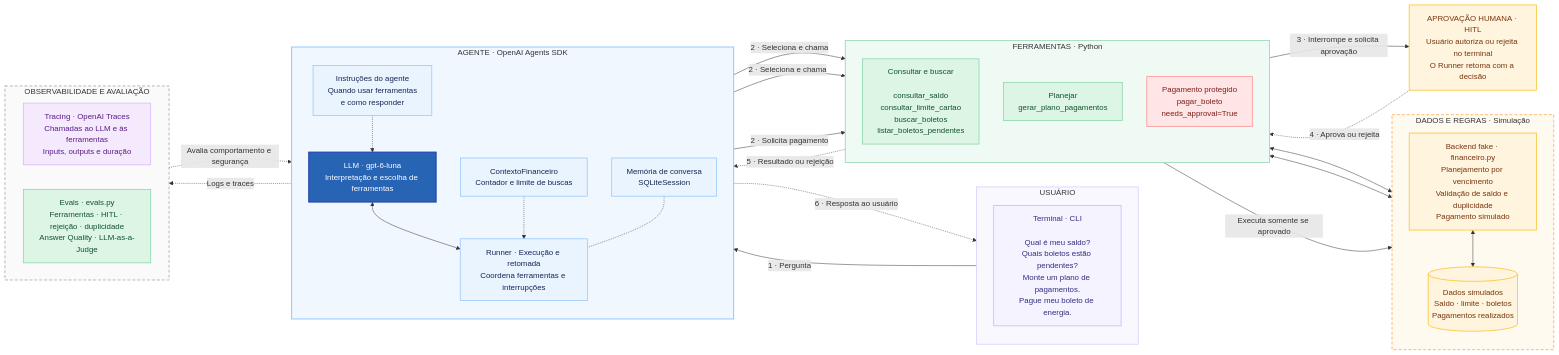
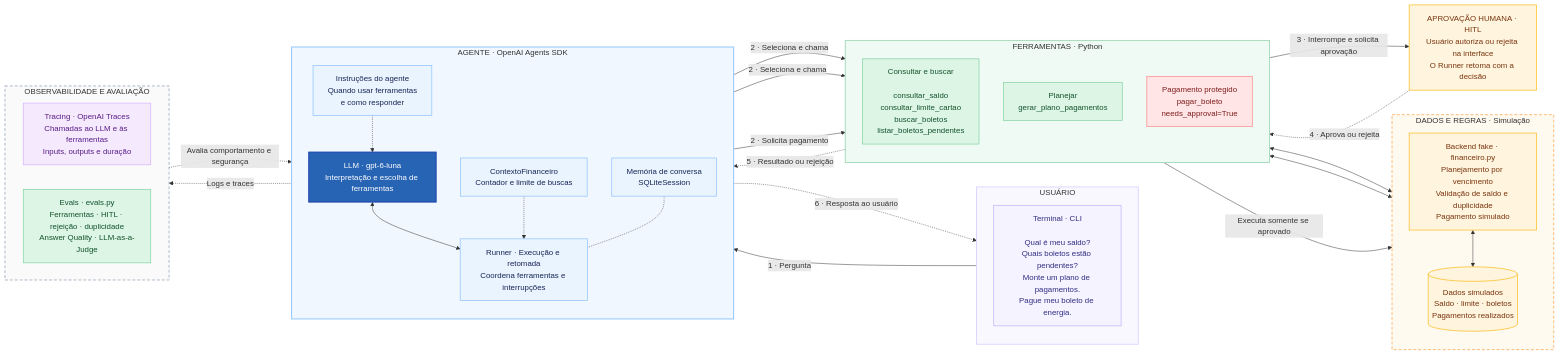
One commit to damiana/test-openai-sdk changed the diagram in README.md. Above: the diagram before and after it, drawn with Mermaid. The commit also changed other lines of this file and 24 other files, not shown here.

````diff
--- a/README.md
+++ b/README.md
@@ -36,76 +145,76 @@
 ```mermaid
 flowchart LR
     subgraph UI["USUÁRIO"]
         direction TB
         CLI["Terminal · CLI<br/><br/>Qual é meu saldo?<br/>Quais boletos estão pendentes?<br/>Monte um plano de pagamentos.<br/>Pague meu boleto de energia."]
     end
 
     subgraph AGENT["AGENTE · OpenAI Agents SDK"]
         direction TB
         LLM["LLM · gpt-6-luna<br/>Interpretação e escolha de ferramentas"]
         SDK["Runner · Execução e retomada<br/>Coordena ferramentas e interrupções"]
         INSTRUCTIONS["Instruções do agente<br/>Quando usar ferramentas<br/>e como responder"]
         CONTEXT["ContextoFinanceiro<br/>Contador e limite de buscas"]
         SESSION["Memória de conversa<br/>SQLiteSession"]
         LLM <--> SDK
         INSTRUCTIONS -.-> LLM
         CONTEXT -.-> SDK
         SESSION -.- SDK
     end
 
     subgraph TOOLS["FERRAMENTAS · Python"]
         direction TB
         QUERIES["Consultar e buscar<br/><br/>consultar_saldo<br/>consultar_limite_cartao<br/>buscar_boletos<br/>listar_boletos_pendentes"]
         PLAN["Planejar<br/>gerar_plano_pagamentos"]
         PAY["Pagamento protegido<br/>pagar_boleto<br/>needs_approval=True"]
     end
 
     subgraph BACKEND["DADOS E REGRAS · Simulação"]
         direction TB
         RULES["Backend fake · financeiro.py<br/>Planejamento por vencimento<br/>Validação de saldo e duplicidade<br/>Pagamento simulado"]
         DATA[("Dados simulados<br/>Saldo · limite · boletos<br/>Pagamentos realizados")]
         RULES <--> DATA
     end
 
-    HUMAN["APROVAÇÃO HUMANA · HITL<br/>Usuário autoriza ou rejeita no terminal<br/>O Runner retoma com a decisão"]
+    HUMAN["APROVAÇÃO HUMANA · HITL<br/>Usuário autoriza ou rejeita na interface<br/>O Runner retoma com a decisão"]
 
     subgraph OBS["OBSERVABILIDADE E AVALIAÇÃO"]
         direction LR
         TRACE["Tracing · OpenAI Traces<br/>Chamadas ao LLM e às ferramentas<br/>Inputs, outputs e duração"]
         EVAL["Evals · evals.py<br/>Ferramentas · HITL · rejeição · duplicidade<br/>Answer Quality · LLM-as-a-Judge"]
     end
 
     CLI -->|1 · Pergunta| SDK
     SDK -->|2 · Seleciona e chama| QUERIES
     SDK -->|2 · Seleciona e chama| PLAN
     SDK -->|2 · Solicita pagamento| PAY
     PAY -->|3 · Interrompe e solicita aprovação| HUMAN
     HUMAN -.->|4 · Aprova ou rejeita| PAY
     QUERIES <--> DATA
     PLAN <--> RULES
     PAY -->|Executa somente se aprovado| RULES
     TOOLS -.->|5 · Resultado ou rejeição| SDK
     SDK -.->|6 · Resposta ao usuário| CLI
     SDK -.->|Logs e traces| TRACE
     EVAL -.->|Avalia comportamento e segurança| SDK
 
     classDef user fill:#f5f3ff,stroke:#c4b5fd,color:#312e81,stroke-width:1.5px
     classDef llm fill:#2864b4,stroke:#1e40af,color:#ffffff,stroke-width:2px
     classDef agent fill:#eaf4ff,stroke:#93c5fd,color:#172554,stroke-width:1.5px
     classDef tool fill:#dcf5e5,stroke:#86d5a5,color:#14532d,stroke-width:1.5px
     classDef payment fill:#ffe5e5,stroke:#fca5a5,color:#7f1d1d,stroke-width:2px
     classDef simulation fill:#fff4dd,stroke:#fbbf24,color:#78350f,stroke-width:1.5px
     classDef trace fill:#f5eafd,stroke:#d8b4fe,color:#581c87,stroke-width:1.5px
     class CLI user
     class LLM llm
     class SDK,INSTRUCTIONS,CONTEXT,SESSION agent
     class QUERIES,PLAN,EVAL tool
     class PAY payment
     class RULES,DATA,HUMAN simulation
     class TRACE trace
     style UI fill:#faf8ff,stroke:#ddd6fe,stroke-width:2px
     style AGENT fill:#f0f7ff,stroke:#93c5fd,stroke-width:2px
     style TOOLS fill:#f0faf4,stroke:#a7dcbc,stroke-width:2px
     style BACKEND fill:#fffaf0,stroke:#fdba74,stroke-width:2px,stroke-dasharray:6 4
     style OBS fill:#fafafa,stroke:#94a3b8,stroke-width:1.5px,stroke-dasharray:6 4
 ```
````
